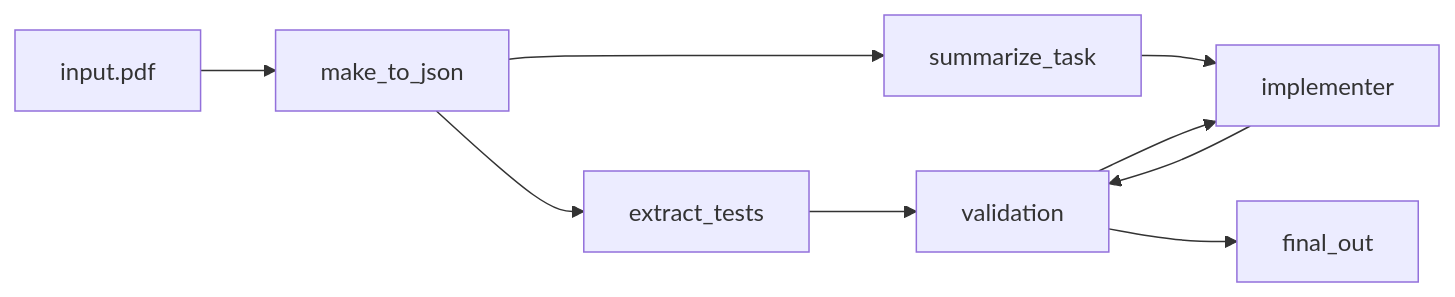
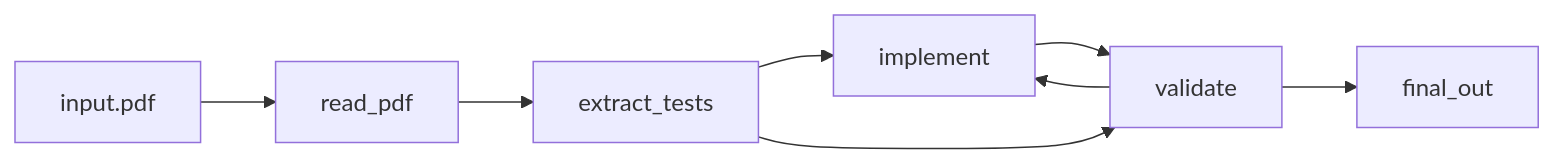
One commit to stavros-mhs/ginny changed the diagram in README.md. Above: the diagram before and after it, drawn with Mermaid. The commit also changed other lines of this file, not shown here.

````diff
--- a/README.md
+++ b/README.md
@@ -45,16 +6,6 @@
 ```mermaid
     graph LR
-
-    input.pdf --> make_to_json
-
-    make_to_json --> extract_tests
-    extract_tests --> validation
-
-    make_to_json --> summarize_task
-    summarize_task --> implementer
-
-    implementer --> validation
-    validation --> implementer
-
-    validation --> final_out
+    input.pdf --> read_pdf --> extract_tests
+    extract_tests --> implement --> validate --> implement
+    extract_tests --> validate --> final_out
 ```
````
